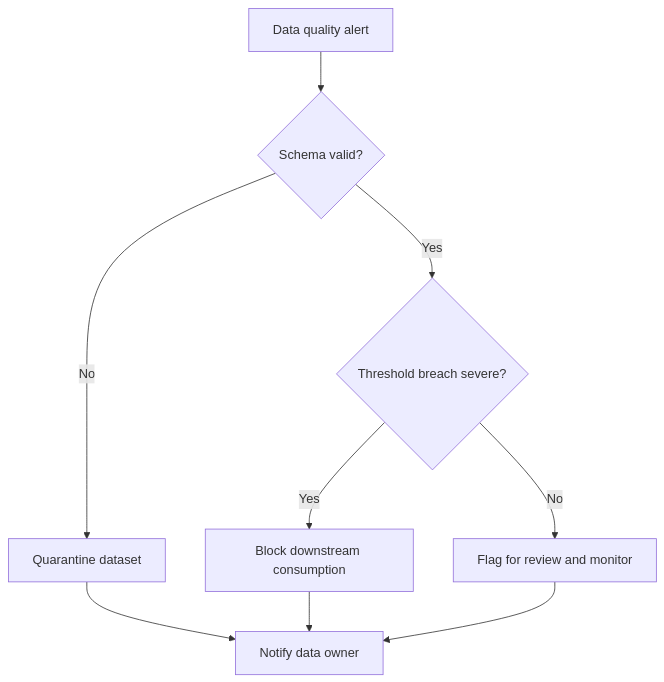
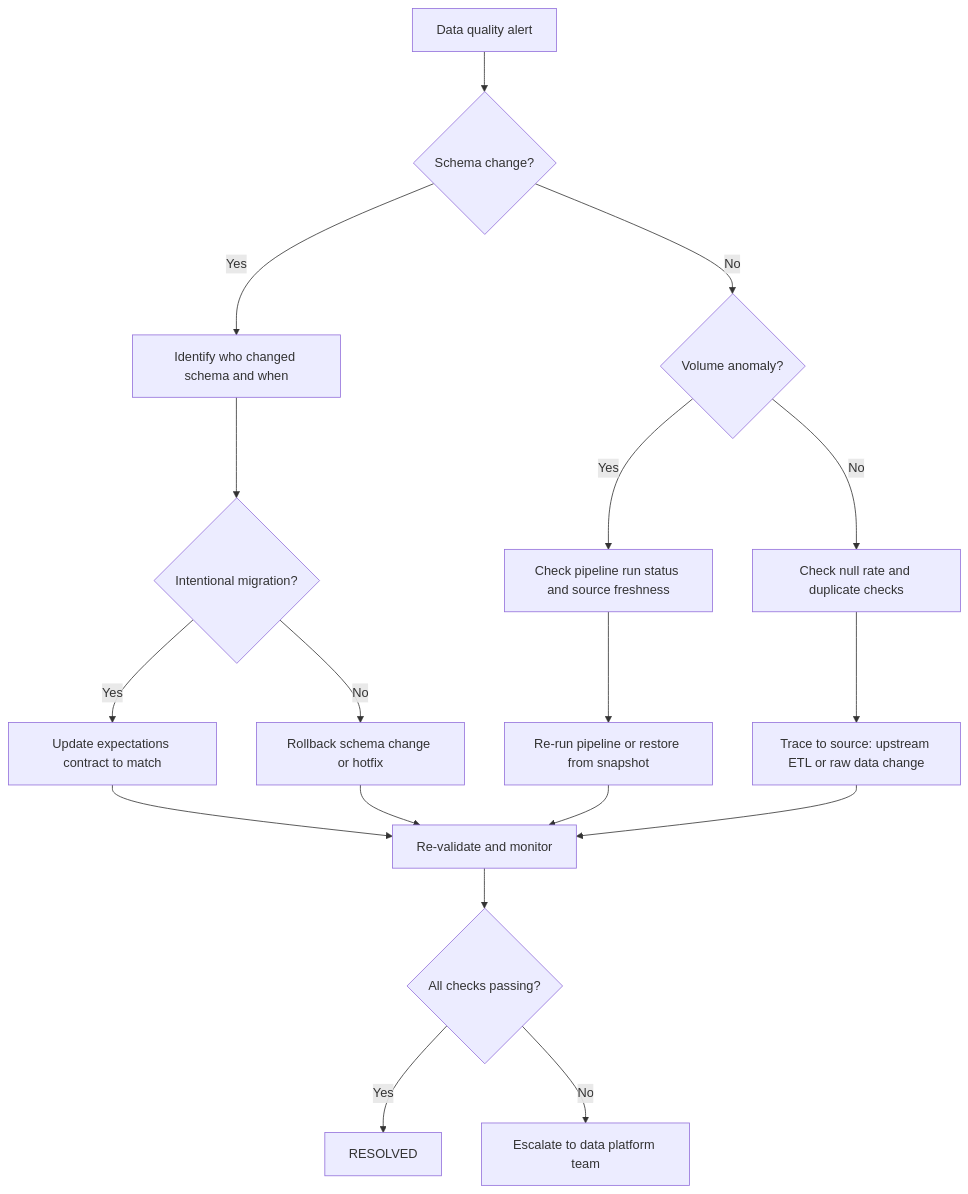
The diagram in runbooks/data_quality_incident.md (zrlopez/ml-incident-response-playbook), drawn with Mermaid before and after one commit. The commit also changed other lines of this file and 5 other files, not shown here.

````diff
--- a/runbooks/data_quality_incident.md
+++ b/runbooks/data_quality_incident.md
@@ -33,11 +72,20 @@
 ```mermaid
 flowchart TD
-    A[Data quality alert] --> B{Schema valid?}
-    B -- No --> C[Quarantine dataset]
-    B -- Yes --> D{Threshold breach severe?}
-    D -- Yes --> E[Block downstream consumption]
-    D -- No --> F[Flag for review and monitor]
-    C --> G[Notify data owner]
-    E --> G
-    F --> G
+    A[Data quality alert] --> B{Schema change?}
+    B -- Yes --> C[Identify who changed schema and when]
+    B -- No --> D{Volume anomaly?}
+    D -- Yes --> E[Check pipeline run status and source freshness]
+    D -- No --> F[Check null rate and duplicate checks]
+    C --> G{Intentional migration?}
+    G -- Yes --> H[Update expectations contract to match]
+    G -- No --> I[Rollback schema change or hotfix]
+    E --> J[Re-run pipeline or restore from snapshot]
+    F --> K[Trace to source: upstream ETL or raw data change]
+    H --> L[Re-validate and monitor]
+    I --> L
+    J --> L
+    K --> L
+    L --> M{All checks passing?}
+    M -- Yes --> N[RESOLVED]
+    M -- No --> O[Escalate to data platform team]
 ```
````
